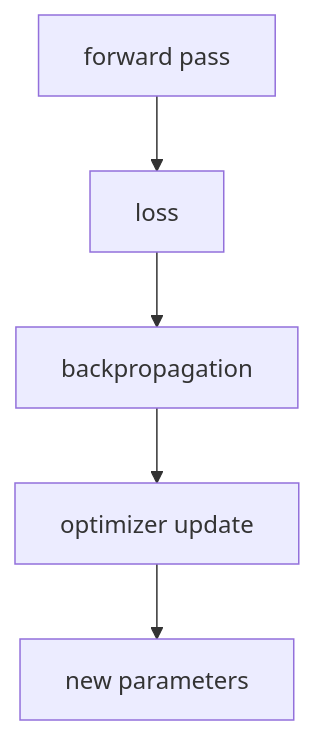
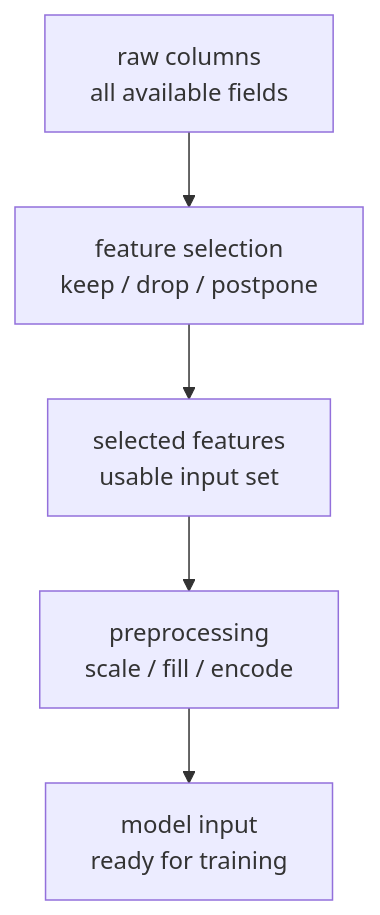
One commit to devchan64/AiBook changed the third of 3 diagrams in docs/parts/part-04/chapter-07/section-01.md. Above: the diagram before and after it, drawn with Mermaid. The commit also changed other lines of this file and 213 other files, not shown here.

````diff
--- a/docs/parts/part-04/chapter-07/section-01.md
+++ b/docs/parts/part-04/chapter-07/section-01.md
@@ -54,13 +376,11 @@
 ```mermaid
 flowchart TD
-  A["forward pass"]
-  B["loss"]
-  C["backpropagation"]
-  D["optimizer update"]
-  E["new parameters"]
+  A["raw columns<br/>all available fields"]
+  B["feature selection<br/>keep / drop / postpone"]
+  C["selected features<br/>usable input set"]
+  D["preprocessing<br/>scale / fill / encode"]
+  E["model input<br/>ready for training"]
 
-  A --> B
-  B --> C
-  C --> D
-  D --> E
+  A --> B --> C
+  C --> D --> E
 ```
````
